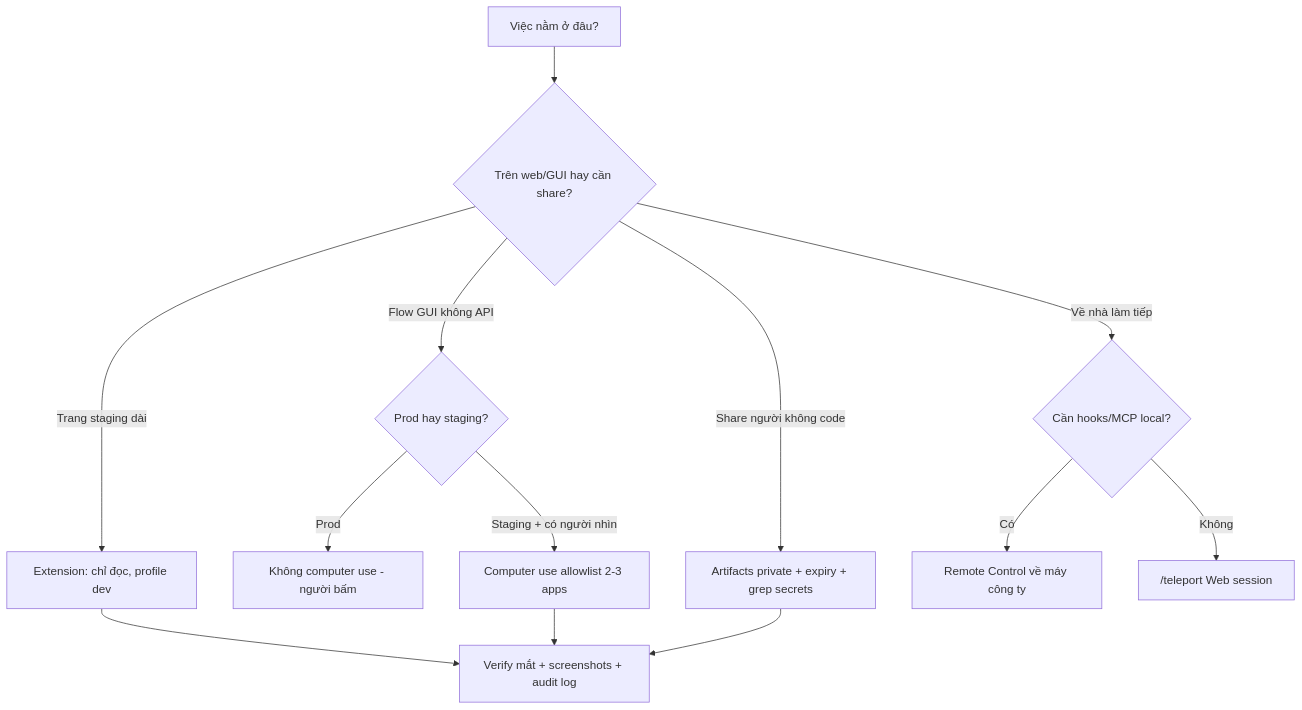
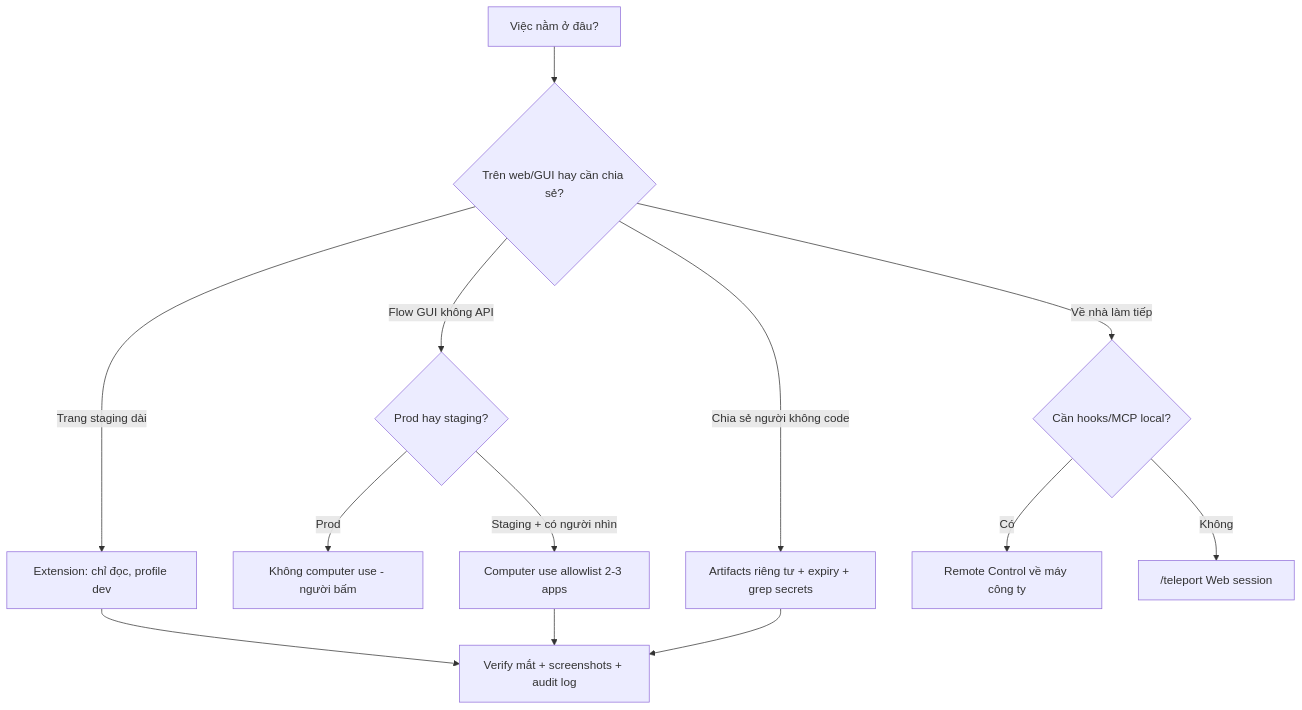
Before and after one commit to nbhson/tutorial-claude-code: the diagram in 02-tips-thuc-chien/11-nang-cao-desktop-web.md, drawn with Mermaid. The commit also changed other lines of this file and 127 other files, not shown here.

````diff
--- a/02-tips-thuc-chien/11-nang-cao-desktop-web.md
+++ b/02-tips-thuc-chien/11-nang-cao-desktop-web.md
@@ -344,15 +375,15 @@
 ```mermaid
 flowchart TD
-    A[Việc nằm ở đâu?] --> B{Trên web/GUI hay cần share?}
+    A[Việc nằm ở đâu?] --> B{Trên web/GUI hay cần chia sẻ?}
     B -->|Trang staging dài| C[Extension: chỉ đọc, profile dev]
     B -->|Flow GUI không API| D{Prod hay staging?}
     D -->|Prod| E[Không computer use - người bấm]
     D -->|Staging + có người nhìn| F[Computer use allowlist 2-3 apps]
-    B -->|Share người không code| G[Artifacts private + expiry + grep secrets]
+    B -->|Chia sẻ người không code| G[Artifacts riêng tư + expiry + grep secrets]
     B -->|Về nhà làm tiếp| H{Cần hooks/MCP local?}
     H -->|Có| I[Remote Control về máy công ty]
     H -->|Không| J["/teleport Web session"]
     C --> K[Verify mắt + screenshots + audit log]
     F --> K
     G --> K
 ```
````
